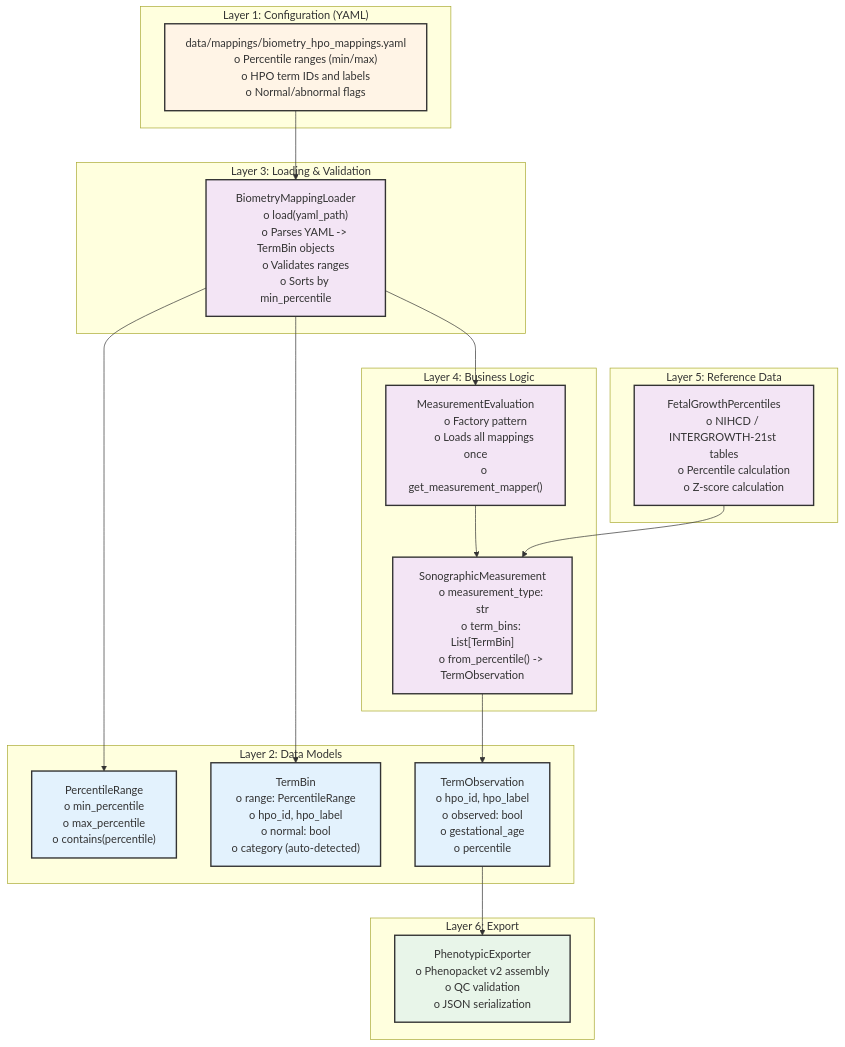
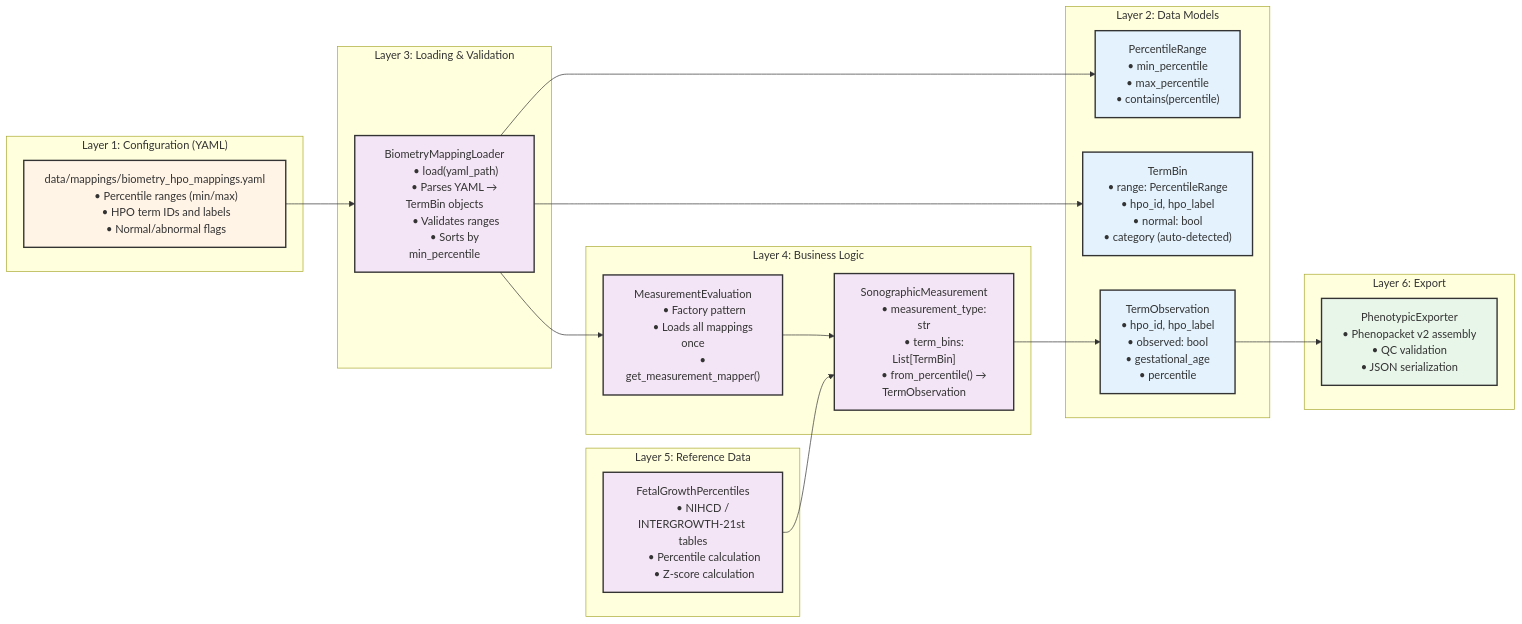
Before and after one commit to P2GX/prenatalppkt: the first of 14 diagrams in README.md, drawn with Mermaid. The commit also changed other lines of this file, not shown here.

Commit message:
fix and adjust some visuals

````diff
--- a/README.md
+++ b/README.md
@@ -88,84 +88,84 @@
 ```mermaid
-flowchart TD
-   subgraph L1["Layer 1: Configuration (YAML)"]
-       YAML["data/mappings/biometry_hpo_mappings.yaml
-       o Percentile ranges (min/max)
-       o HPO term IDs and labels
-       o Normal/abnormal flags"]
-   end
+flowchart LR
+    subgraph L1["Layer 1: Configuration (YAML)"]
+        YAML["data/mappings/biometry_hpo_mappings.yaml
+        • Percentile ranges (min/max)
+        • HPO term IDs and labels
+        • Normal/abnormal flags"]
+    end
 
-   subgraph L2["Layer 2: Data Models"]
-       PR["PercentileRange
-       o min_percentile
-       o max_percentile
-       o contains(percentile)"]
-       
-       TB["TermBin
-       o range: PercentileRange
-       o hpo_id, hpo_label
-       o normal: bool
-       o category (auto-detected)"]
-       
-       TO["TermObservation
-       o hpo_id, hpo_label
-       o observed: bool
-       o gestational_age
-       o percentile"]
-   end
+    subgraph L2["Layer 2: Data Models"]
+        PR["PercentileRange
+        • min_percentile
+        • max_percentile
+        • contains(percentile)"]
+        
+        TB["TermBin
+        • range: PercentileRange
+        • hpo_id, hpo_label
+        • normal: bool
+        • category (auto-detected)"]
+        
+        TO["TermObservation
+        • hpo_id, hpo_label
+        • observed: bool
+        • gestational_age
+        • percentile"]
+    end
 
-   subgraph L3["Layer 3: Loading & Validation"]
-       Loader["BiometryMappingLoader
-       o load(yaml_path)
-       o Parses YAML -> TermBin objects
-       o Validates ranges
-       o Sorts by min_percentile"]
-   end
+    subgraph L3["Layer 3: Loading & Validation"]
+        Loader["BiometryMappingLoader
+        • load(yaml_path)
+        • Parses YAML → TermBin objects
+        • Validates ranges
+        • Sorts by min_percentile"]
+    end
 
-   subgraph L4["Layer 4: Business Logic"]
-       SM["SonographicMeasurement
-       o measurement_type: str
-       o term_bins: List[TermBin]
-       o from_percentile() -> TermObservation"]
-       
-       Factory["MeasurementEvaluation
-       o Factory pattern
-       o Loads all mappings once
-       o get_measurement_mapper()"]
-   end
+    subgraph L4["Layer 4: Business Logic"]
+        SM["SonographicMeasurement
+        • measurement_type: str
+        • term_bins: List[TermBin]
+        • from_percentile() → TermObservation"]
+        
+        Factory["MeasurementEvaluation
+        • Factory pattern
+        • Loads all mappings once
+        • get_measurement_mapper()"]
+    end
 
-   subgraph L5["Layer 5: Reference Data"]
-       Ref["FetalGrowthPercentiles
-       o NIHCD / INTERGROWTH-21st tables
-       o Percentile calculation
-       o Z-score calculation"]
-   end
+    subgraph L5["Layer 5: Reference Data"]
+        Ref["FetalGrowthPercentiles
+        • NIHCD / INTERGROWTH-21st tables
+        • Percentile calculation
+        • Z-score calculation"]
+    end
 
-   subgraph L6["Layer 6: Export"]
-       Export["PhenotypicExporter
-       o Phenopacket v2 assembly
-       o QC validation
-       o JSON serialization"]
-   end
+    subgraph L6["Layer 6: Export"]
+        Export["PhenotypicExporter
+        • Phenopacket v2 assembly
+        • QC validation
+        • JSON serialization"]
+    end
 
-   YAML --> Loader
-   Loader --> PR
-   Loader --> TB
-   
-   Loader --> Factory
-   Factory --> SM
-   SM --> TO
-   
-   Ref --> SM
-   TO --> Export
+    YAML --> Loader
+    Loader --> PR
+    Loader --> TB
+    
+    Loader --> Factory
+    Factory --> SM
+    SM --> TO
+    
+    Ref --> SM
+    TO --> Export
 
-   classDef config fill:#fff4e6,stroke:#333,stroke-width:2px
-   classDef model fill:#e3f2fd,stroke:#333,stroke-width:2px
-   classDef logic fill:#f3e5f5,stroke:#333,stroke-width:2px
-   classDef export fill:#e8f5e9,stroke:#333,stroke-width:2px
-   
-   class YAML config
-   class PR,TB,TO model
-   class Loader,SM,Factory logic
-   class Ref logic
-   class Export export
+    classDef config fill:#fff4e6,stroke:#333,stroke-width:2px
+    classDef model fill:#e3f2fd,stroke:#333,stroke-width:2px
+    classDef logic fill:#f3e5f5,stroke:#333,stroke-width:2px
+    classDef export fill:#e8f5e9,stroke:#333,stroke-width:2px
+    
+    class YAML config
+    class PR,TB,TO model
+    class Loader,SM,Factory logic
+    class Ref logic
+    class Export export
 ```
````
